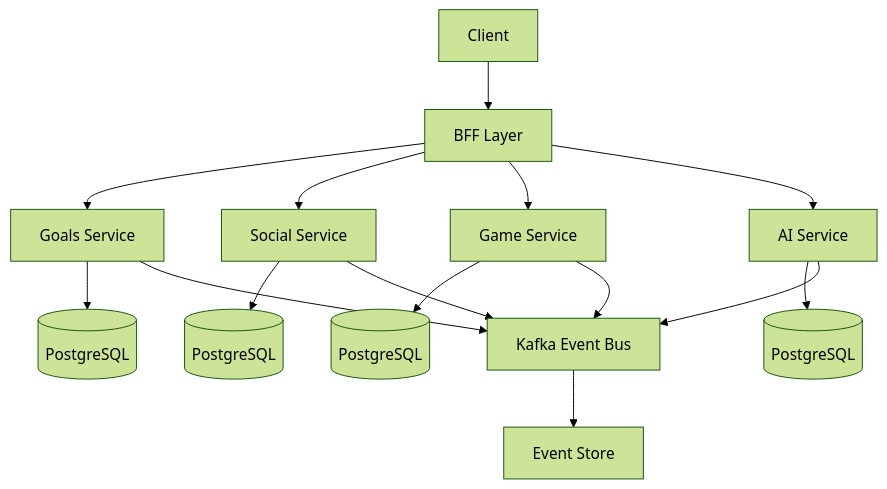
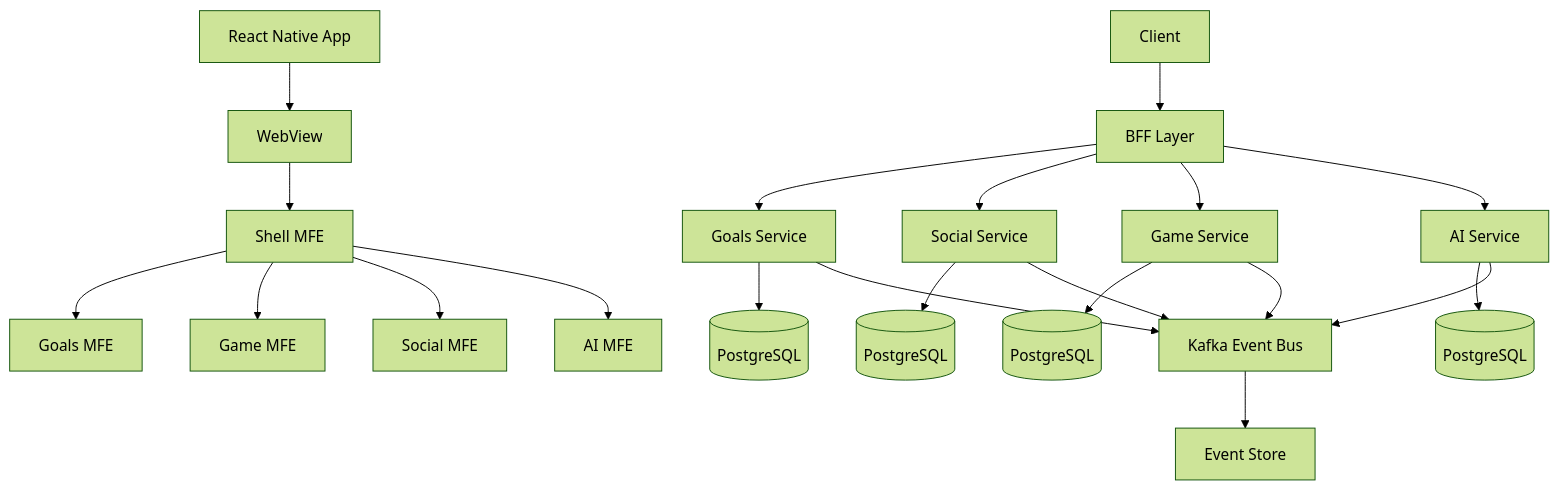
One commit to kwangyoulsagong/SALT changed the diagram in README.md. Above: the diagram before and after it, drawn with Mermaid (forest theme).

````diff
--- a/README.md
+++ b/README.md
@@ -80,20 +80,26 @@
 ```mermaid
 graph TB
+ RNA[React Native App] --> WV[WebView]
+   WV --> MF1[Shell MFE]
+   MF1 --> MF2[Goals MFE]
+   MF1 --> MF3[Game MFE]
+   MF1 --> MF4[Social MFE]
+   MF1 --> MF5[AI MFE]
    Client[Client] --> BFF[BFF Layer]
    BFF --> MS1[Goals Service]
    BFF --> MS2[Social Service]
    BFF --> MS3[Game Service]
    BFF --> MS4[AI Service]
    
    MS1 --> DB1[(PostgreSQL)]
    MS2 --> DB2[(PostgreSQL)]
    MS3 --> DB3[(PostgreSQL)]
    MS4 --> DB4[(PostgreSQL)]
    
    MS1 --> Kafka[Kafka Event Bus]
    MS2 --> Kafka
    MS3 --> Kafka
    MS4 --> Kafka
 
    Kafka --> ES[Event Store]
 ```
````
